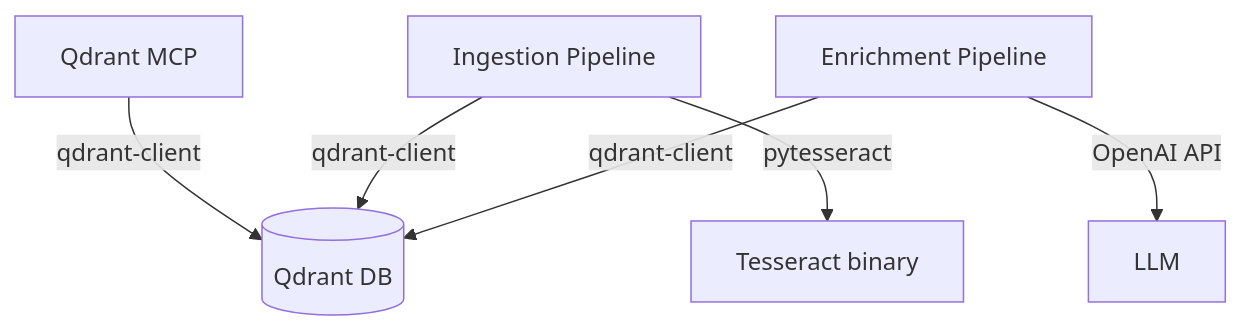
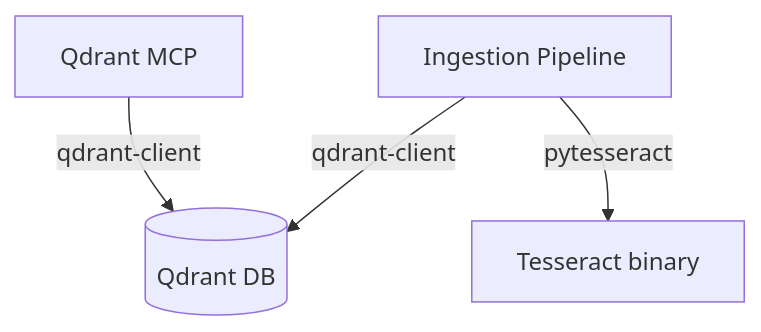
Before and after one commit to Michelangelo-Pinto/pinto-llm-wiki: the diagram in doc_v4/mcp-servers/index.md, drawn with Mermaid. The commit also changed other lines of this file and 34 other files, not shown here.

````diff
--- a/doc_v4/mcp-servers/index.md
+++ b/doc_v4/mcp-servers/index.md
@@ -16,8 +15,6 @@
 ```mermaid
 flowchart TD
     QMCP[Qdrant MCP] -->|"qdrant-client"| Qdrant[(Qdrant DB)]
     IMCP[Ingestion Pipeline] -->|"qdrant-client"| Qdrant
     IMCP -->|"pytesseract"| Tesseract[Tesseract binary]
-    EMCP[Enrichment Pipeline] -->|"qdrant-client"| Qdrant
-    EMCP -->|"OpenAI API"| LLM[LLM]
 ```
````
